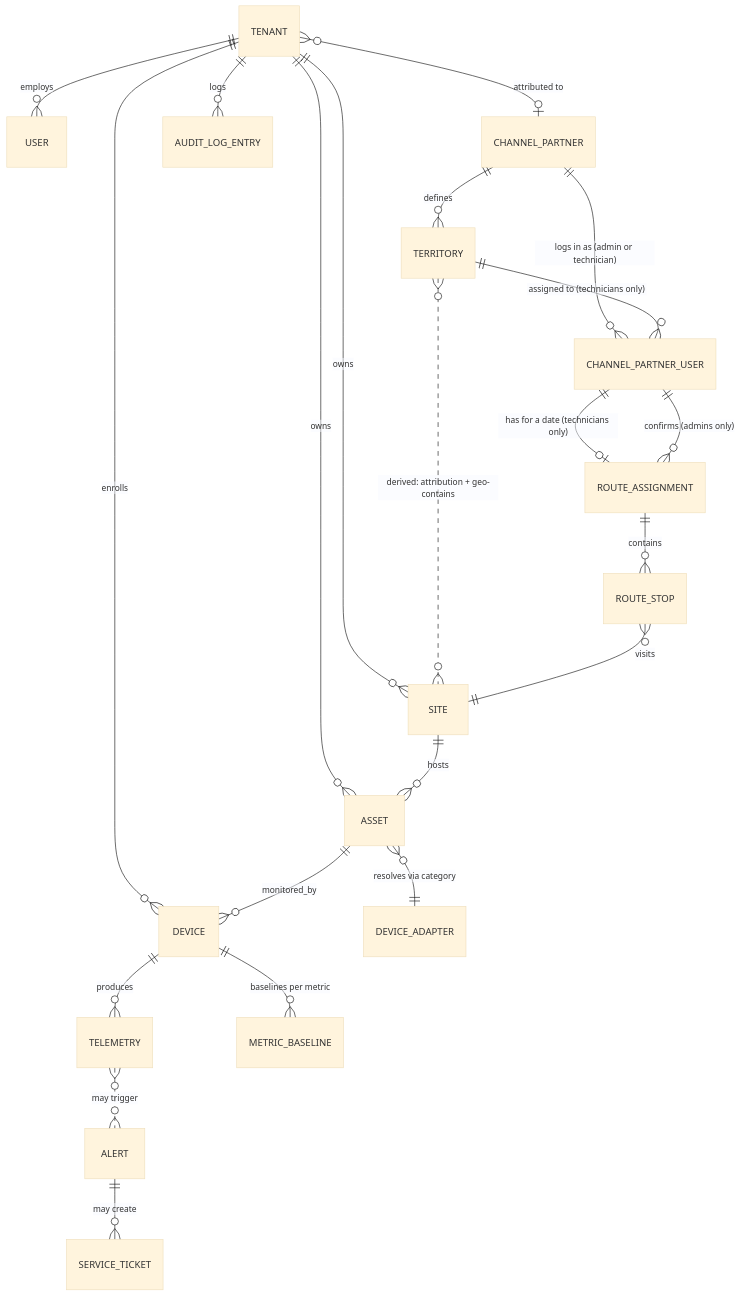
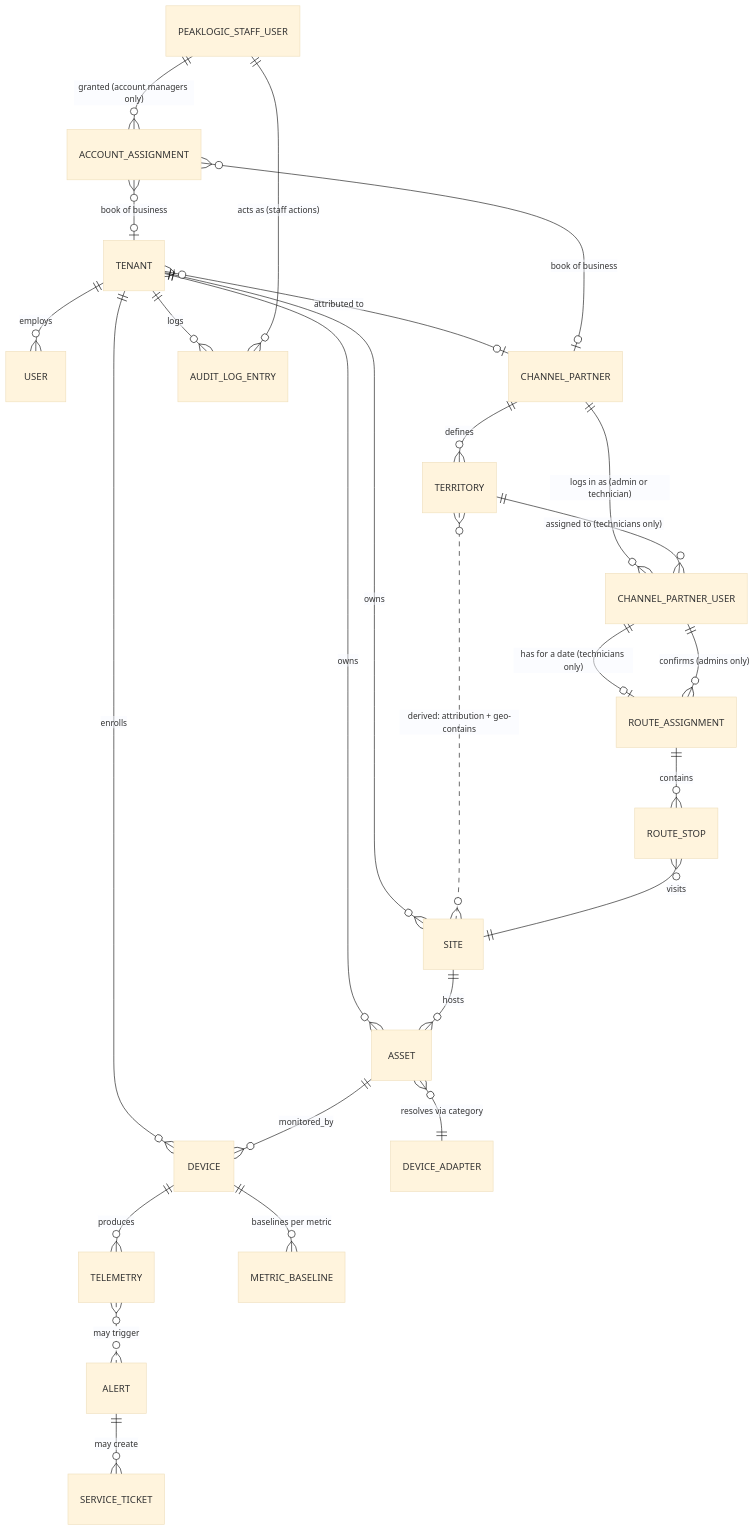
One commit to PeakLogicSystems/PeakLogic-Azure-V2 changed the diagram in docs/architecture/domain-model.md. Above: the diagram before and after it, drawn with Mermaid (base theme). The commit also changed other lines of this file, not shown here.

````diff
--- a/docs/architecture/domain-model.md
+++ b/docs/architecture/domain-model.md
@@ -201,24 +228,28 @@
 ```mermaid
 erDiagram
     TENANT ||--o{ SITE : owns
     TENANT ||--o{ USER : employs
     TENANT ||--o{ ASSET : owns
     TENANT ||--o{ DEVICE : enrolls
     TENANT }o--o| CHANNEL_PARTNER : "attributed to"
     SITE ||--o{ ASSET : hosts
     ASSET ||--o{ DEVICE : monitored_by
     ASSET }o--|| DEVICE_ADAPTER : "resolves via category"
     DEVICE ||--o{ TELEMETRY : produces
     DEVICE ||--o{ METRIC_BASELINE : "baselines per metric"
     TELEMETRY }o..o{ ALERT : "may trigger"
     ALERT ||--o{ SERVICE_TICKET : "may create"
     TENANT ||--o{ AUDIT_LOG_ENTRY : logs
     CHANNEL_PARTNER ||--o{ CHANNEL_PARTNER_USER : "logs in as (admin or technician)"
     CHANNEL_PARTNER ||--o{ TERRITORY : defines
     TERRITORY ||--o{ CHANNEL_PARTNER_USER : "assigned to (technicians only)"
     TERRITORY }o..o{ SITE : "derived: attribution + geo-contains"
     CHANNEL_PARTNER_USER ||--o| ROUTE_ASSIGNMENT : "has for a date (technicians only)"
     ROUTE_ASSIGNMENT ||--o{ ROUTE_STOP : contains
     ROUTE_STOP }o--|| SITE : visits
     CHANNEL_PARTNER_USER ||--o{ ROUTE_ASSIGNMENT : "confirms (admins only)"
+    PEAKLOGIC_STAFF_USER ||--o{ ACCOUNT_ASSIGNMENT : "granted (account managers only)"
+    ACCOUNT_ASSIGNMENT }o--o| TENANT : "book of business"
+    ACCOUNT_ASSIGNMENT }o--o| CHANNEL_PARTNER : "book of business"
+    PEAKLOGIC_STAFF_USER ||--o{ AUDIT_LOG_ENTRY : "acts as (staff actions)"
 ```
````
